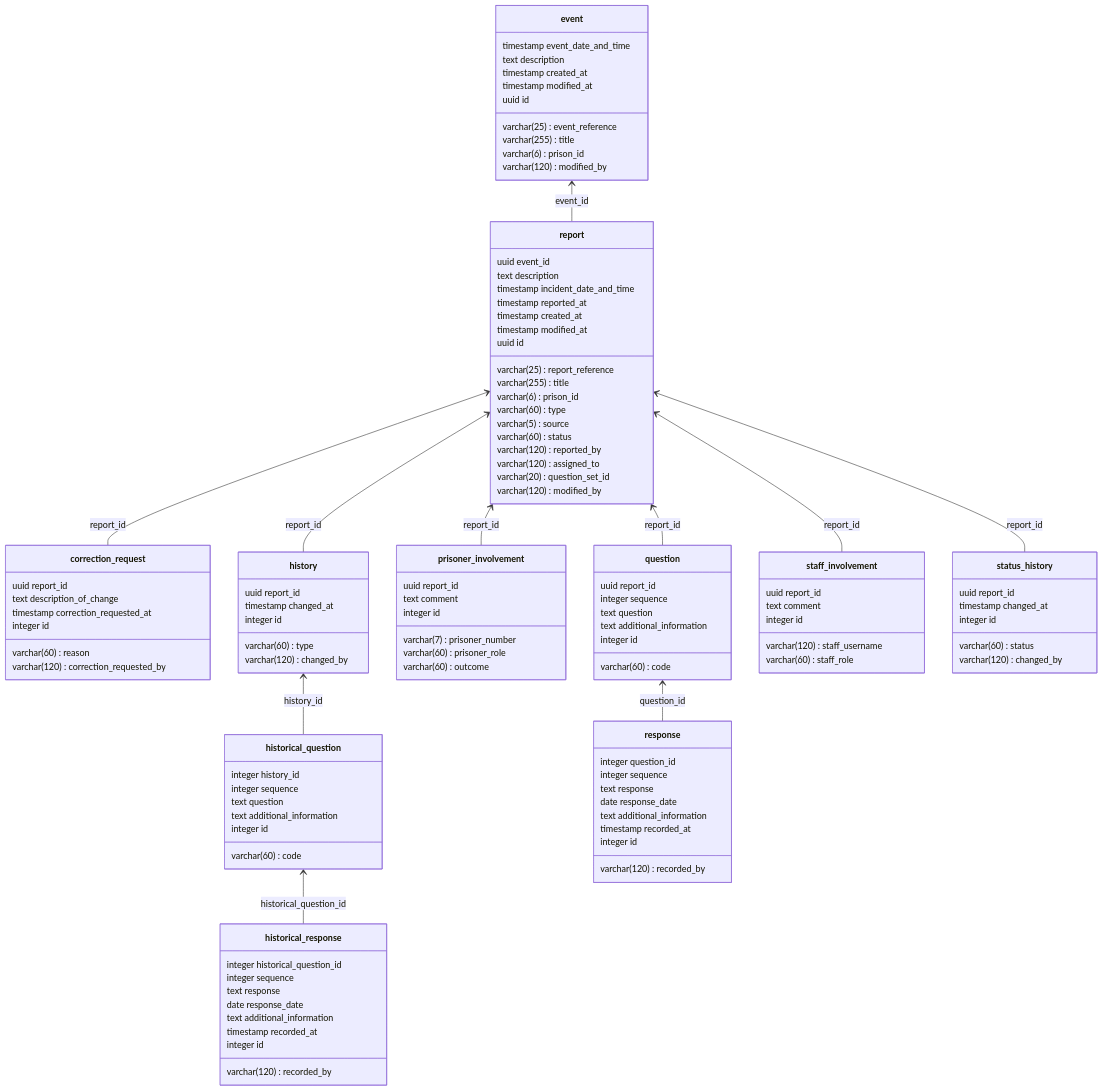
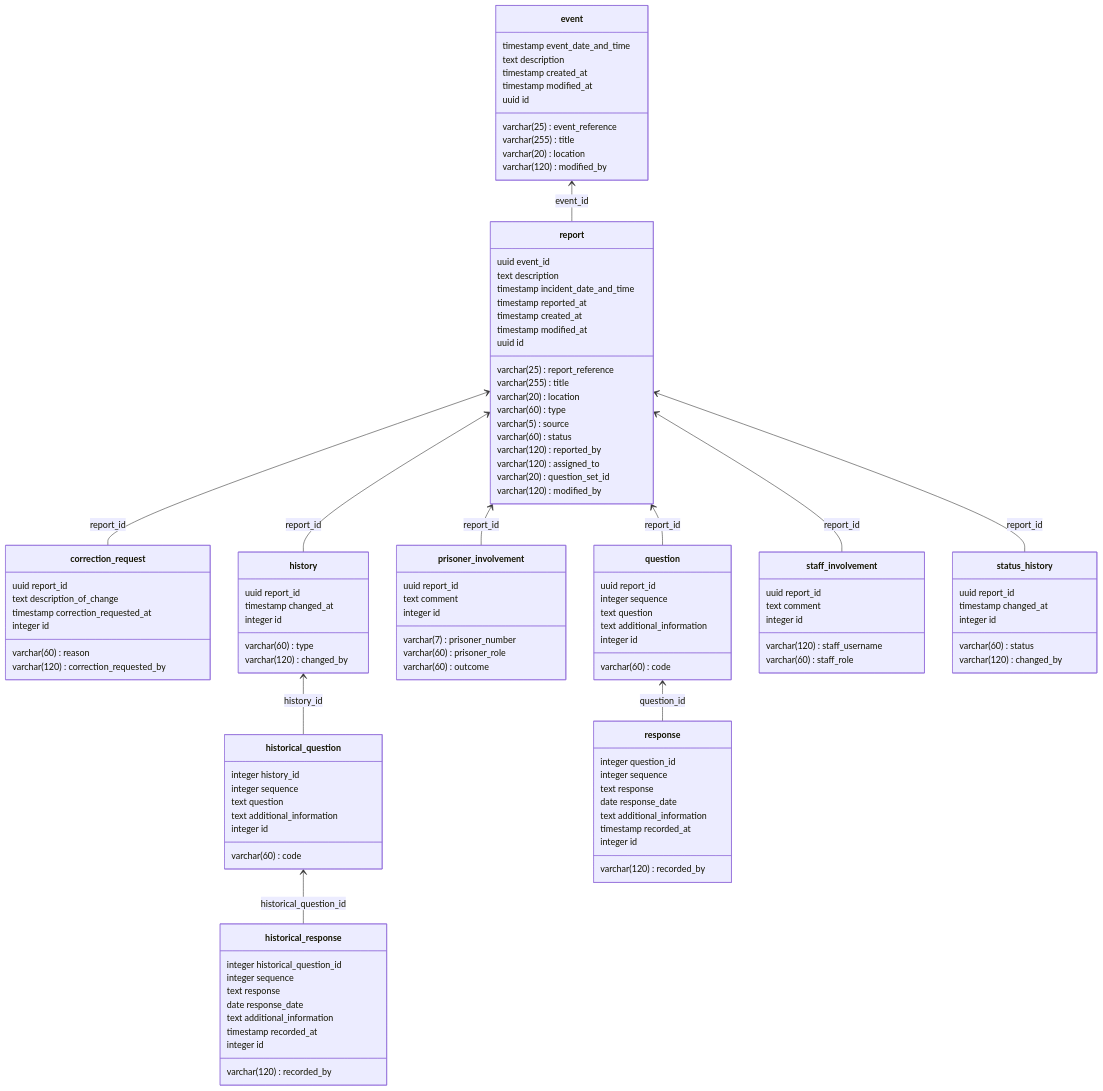
The second of 2 diagrams in docs/0004-modeling-irs.md (ministryofjustice/hmpps-incident-reporting-api), drawn with Mermaid before and after one commit. The commit also changed other lines of this file and 30 other files, not shown here.

```diff
--- a/docs/0004-modeling-irs.md
+++ b/docs/0004-modeling-irs.md
@@ -137,7 +137,7 @@
         timestamp event_date_and_time
         varchar(255) title
         text description
-        varchar(6) prison_id
+        varchar(20) location
         timestamp created_at
         varchar(120) modified_by
         timestamp modified_at
@@ -189,7 +189,7 @@
         varchar(25) report_reference
         varchar(255) title
         text description
-        varchar(6) prison_id
+        varchar(20) location
         varchar(60) type
         varchar(5) source
         varchar(60) status
```
